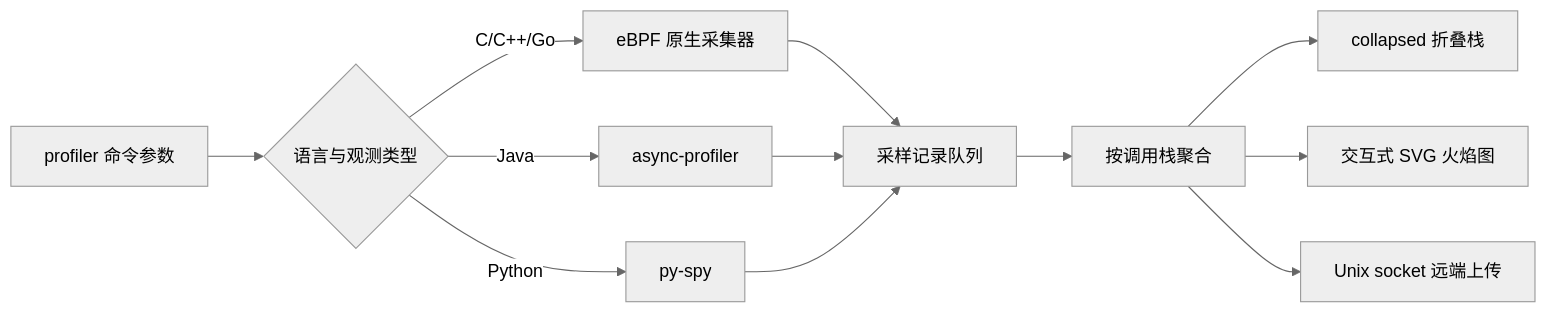
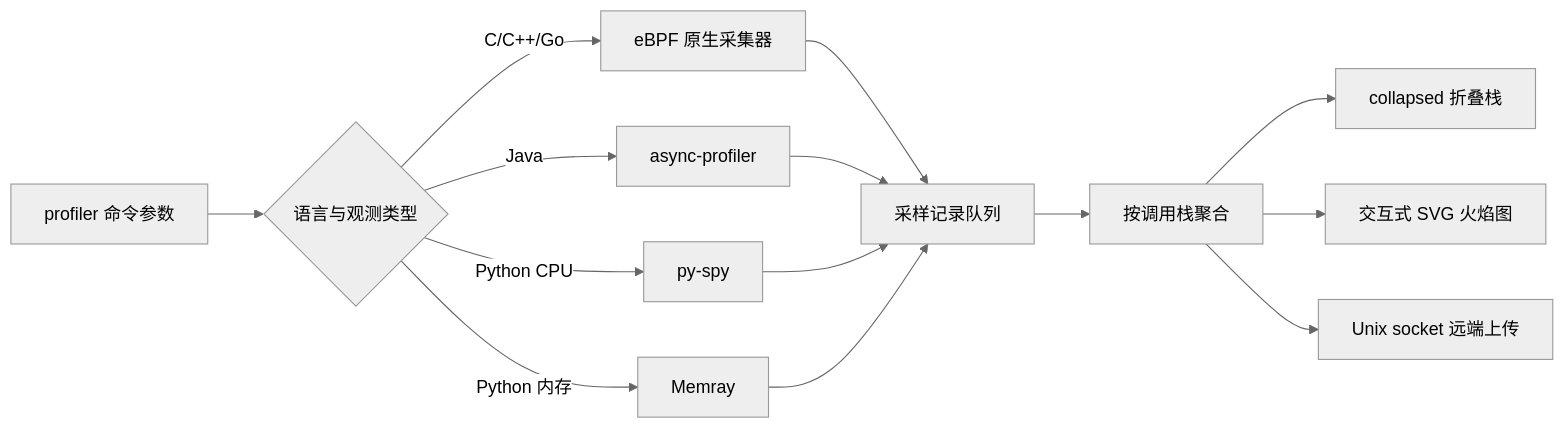
One commit to ccfos/huatuo changed the diagram in docs/key-feature/continuous-profiling_zh.md. Above: the diagram before and after it, drawn with Mermaid (neutral theme). The commit also changed other lines of this file and 3 other files, not shown here.

First line of the commit message:
feat(profiler): document Python memory profiling

````diff
--- a/docs/key-feature/continuous-profiling_zh.md
+++ b/docs/key-feature/continuous-profiling_zh.md
@@ -691,14 +752,16 @@
 ```mermaid
 flowchart LR
     CLI[profiler 命令参数] --> Select{语言与观测类型}
     Select -->|C/C++/Go| Native[eBPF 原生采集器]
     Select -->|Java| Java[async-profiler]
-    Select -->|Python| Python[py-spy]
+    Select -->|Python CPU| PythonCPU[py-spy]
+    Select -->|Python 内存| PythonMemory[Memray]
     Native --> Queue[采样记录队列]
     Java --> Queue
-    Python --> Queue
+    PythonCPU --> Queue
+    PythonMemory --> Queue
     Queue --> Aggregate[按调用栈聚合]
     Aggregate --> Folded[collapsed 折叠栈]
     Aggregate --> SVG[交互式 SVG 火焰图]
     Aggregate --> Remote[Unix socket 远端上传]
 ```
````
